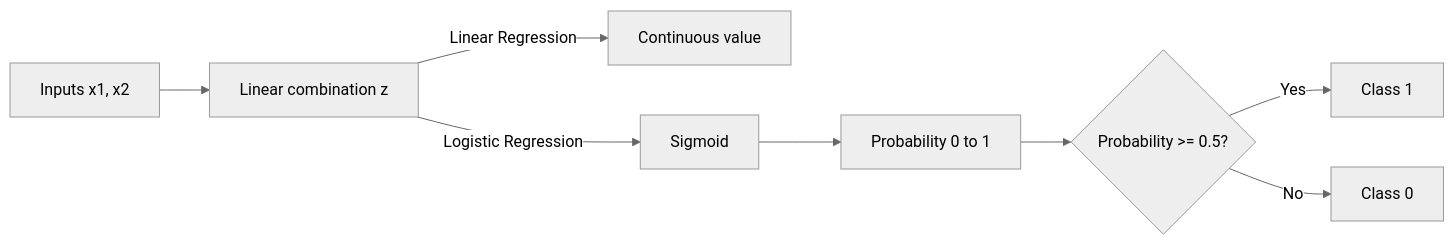
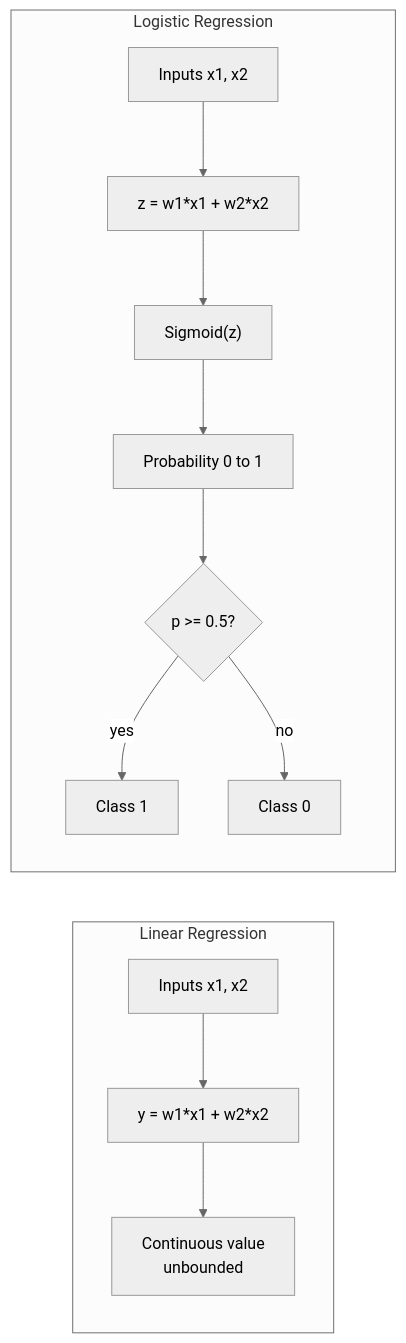
One commit to kaisarnajar/outcome-school-blogs changed the diagram in notes/step-01-machine-learning-foundations/003-linear-regression-vs-logistic-regression.md. Above: the diagram before and after it, drawn with Mermaid (neutral theme). The commit also changed other lines of this file and 233 other files, not shown here.

````diff
--- a/notes/step-01-machine-learning-foundations/003-linear-regression-vs-logistic-regression.md
+++ b/notes/step-01-machine-learning-foundations/003-linear-regression-vs-logistic-regression.md
@@ -42,10 +40,15 @@
 ```mermaid
 flowchart LR
-    X["Inputs x1, x2"] --> Z["Linear combination z"]
-    Z -->|"Linear Regression"| Y1["Continuous value"]
-    Z -->|"Logistic Regression"| S["Sigmoid"]
-    S --> P["Probability 0 to 1"]
-    P --> T{"Probability >= 0.5?"}
-    T -->|"Yes"| C1["Class 1"]
-    T -->|"No"| C0["Class 0"]
+    subgraph L1["Linear Regression"]
+        X1["Inputs x1, x2"] --> Z1["y = w1*x1 + w2*x2"]
+        Z1 --> O1["Continuous value<br/>unbounded"]
+    end
+    subgraph L2["Logistic Regression"]
+        X2["Inputs x1, x2"] --> Z2["z = w1*x1 + w2*x2"]
+        Z2 --> SG["Sigmoid(z)"]
+        SG --> P["Probability 0 to 1"]
+        P --> T{"p >= 0.5?"}
+        T -->|"yes"| C1["Class 1"]
+        T -->|"no"| C0["Class 0"]
+    end
 ```
````
